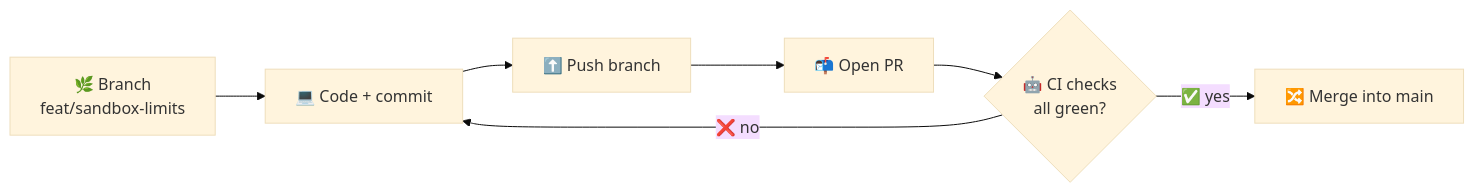
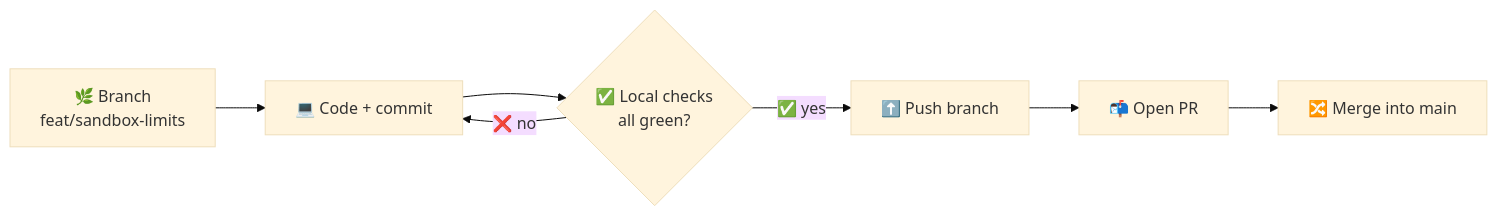
Before and after one commit to arslan-ahm/AgentGuard-The-Redteam-Agent-lablab.ai-project-: the second of 2 diagrams in README.md, drawn with Mermaid (base theme). The commit also changed other lines of this file and 8 other files, not shown here.

First line of the commit message:
ci: remove GitHub Actions workflow, gate PRs on local checks

````diff
--- a/README.md
+++ b/README.md
@@ -330,9 +330,9 @@
 ```mermaid
 flowchart LR
     A["🌿 Branch<br/>feat/sandbox-limits"] --> B["💻 Code + commit"]
-    B --> C["⬆️ Push branch"]
+    B --> E{"✅ Local checks<br/>all green?"}
+    E -- "❌ no" --> B
+    E -- "✅ yes" --> C["⬆️ Push branch"]
     C --> D["📬 Open PR"]
-    D --> E{"🤖 CI checks<br/>all green?"}
-    E -- "❌ no" --> B
-    E -- "✅ yes" --> G["🔀 Merge into main"]
+    D --> G["🔀 Merge into main"]
 ```
````
